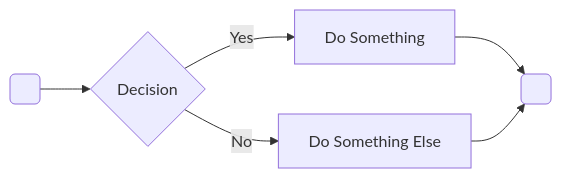
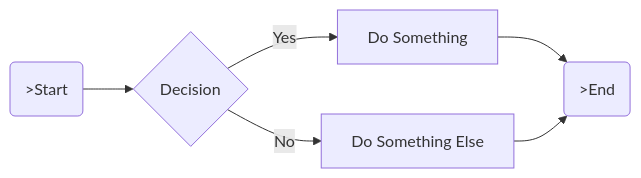
One commit to mjdvisualz/fysik-quiz-app changed the diagram in README.md. Above: the diagram before and after it, drawn with Mermaid.

````diff
--- a/README.md
+++ b/README.md
@@ -16,8 +16,8 @@
 ```mermaid
 graph LR
-    A(<Start) --> B{Decision}
+    A(>Start) --> B{Decision}
     B -->|Yes| C[Do Something]
     B -->|No| D[Do Something Else]
-    C --> E(<End)
+    C --> E(>End)
     D --> E
 ```
````
